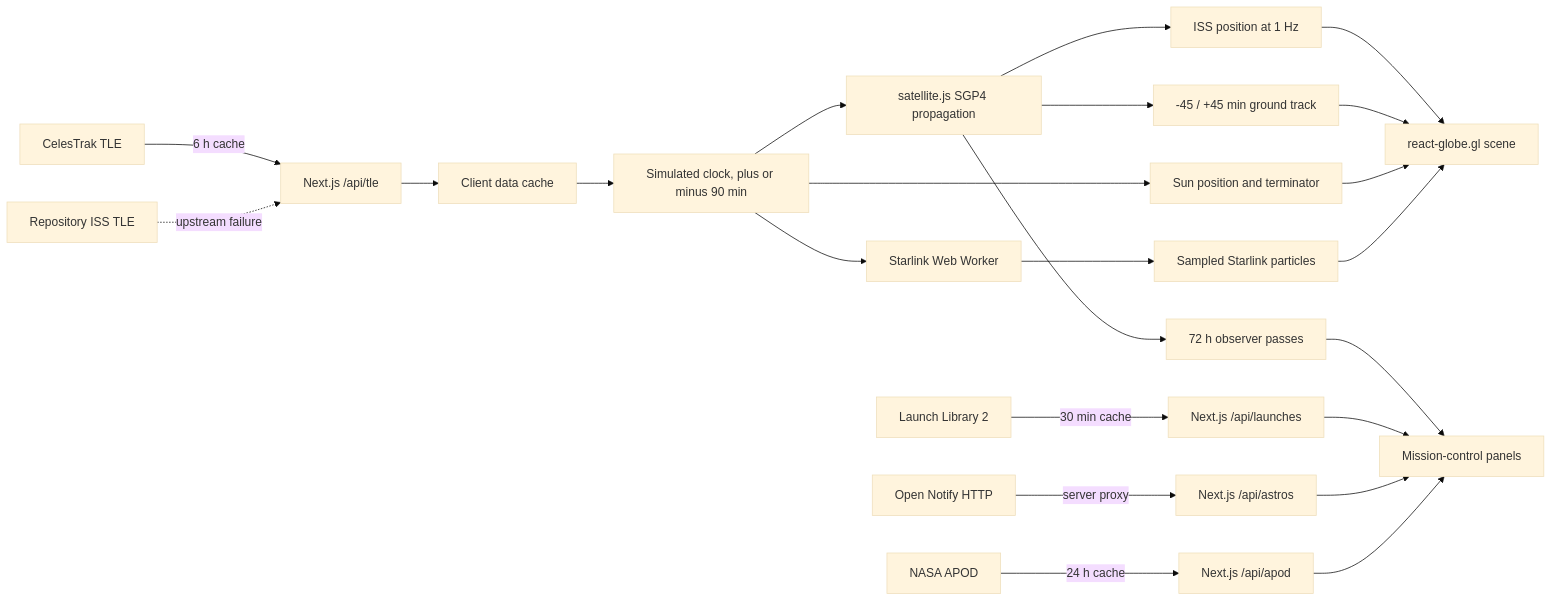
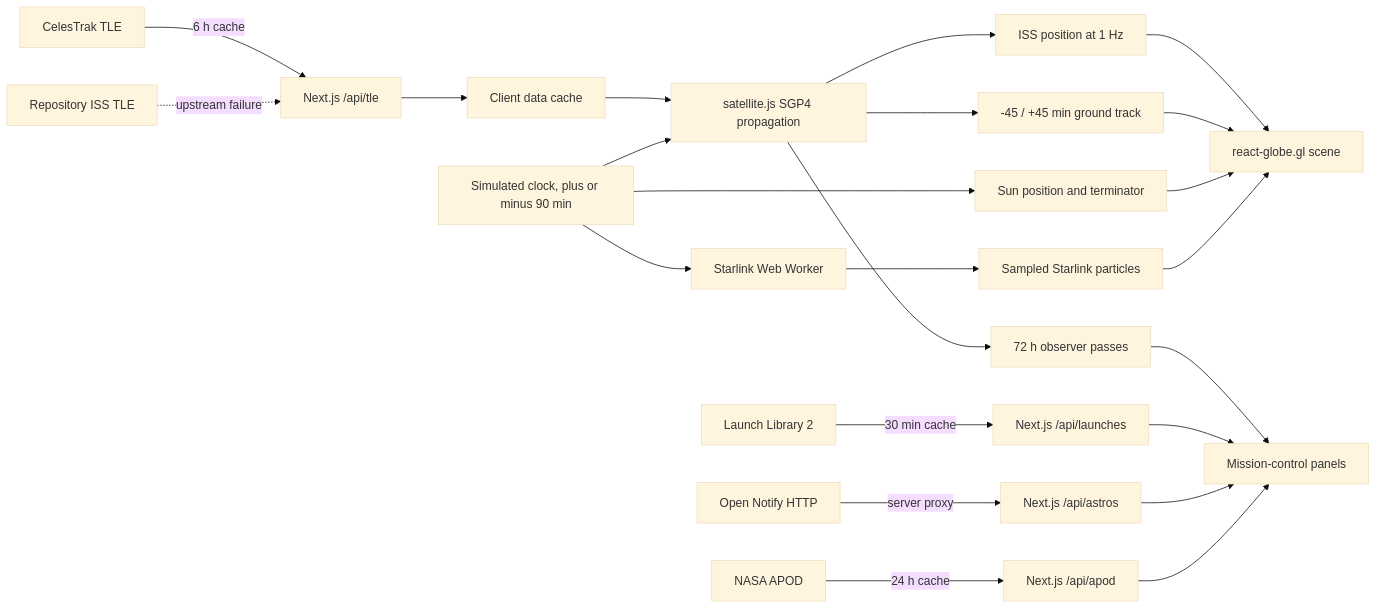
One commit to MertArtun/orbital changed the diagram in README.md. Above: the diagram before and after it, drawn with Mermaid (base theme). The commit also changed 1 other file, not shown here.

Commit message:
docs: stop the release notes overclaiming what rounding buys
QA found the share-link row claiming a rounded URL "does not carry a precise
home address", in the same sentence that links to ADR 0008 — whose own
negative consequences say four decimals is a judgement call and not a privacy
guarantee. SHARE_PRECISION is 4, roughly eleven metres, which is roughly one
house. The row was stronger than the document it cited.

It now uses the ADR's own framing: a link does not republish the GPS fix the
browser handed us, and the row says out loud that four decimals is not a
guarantee. The behaviour was always right; the sentence was not.

Also fixes an edge in the README diagram. It had the client TLE cache feeding
the simulated clock, which nothing does — the clock is independent and both
it and the cache feed propagation. Cosmetic in a diagram that is openly a
simplification, and wrong is still wrong.

````diff
--- a/README.md
+++ b/README.md
@@ -42,27 +42,27 @@
 ```mermaid
 flowchart LR
   CT[CelesTrak TLE] -->|6 h cache| TLE[Next.js /api/tle]
   LL[Launch Library 2] -->|30 min cache| LAPI[Next.js /api/launches]
   ON[Open Notify HTTP] -->|server proxy| AAPI[Next.js /api/astros]
   APOD[NASA APOD] -->|24 h cache| NAPI[Next.js /api/apod]
 
   TLE --> CLIENT[Client data cache]
-  CLIENT --> CLOCK[Simulated clock, plus or minus 90 min]
-  CLOCK --> SGP4[satellite.js SGP4 propagation]
+  CLIENT --> SGP4[satellite.js SGP4 propagation]
+  CLOCK[Simulated clock, plus or minus 90 min] --> SGP4
   CLOCK --> SUN[Sun position and terminator]
   CLOCK --> WORKER[Starlink Web Worker]
   SGP4 --> POS[ISS position at 1 Hz]
   SGP4 --> TRACK[-45 / +45 min ground track]
   SGP4 --> PASSES[72 h observer passes]
   WORKER --> POINTS[Sampled Starlink particles]
   POS --> GLOBE[react-globe.gl scene]
   TRACK --> GLOBE
   SUN --> GLOBE
   POINTS --> GLOBE
   PASSES --> UI[Mission-control panels]
   LAPI --> UI
   AAPI --> UI
   NAPI --> UI
 
   FALLBACK[Repository ISS TLE] -. upstream failure .-> TLE
 ```
````
